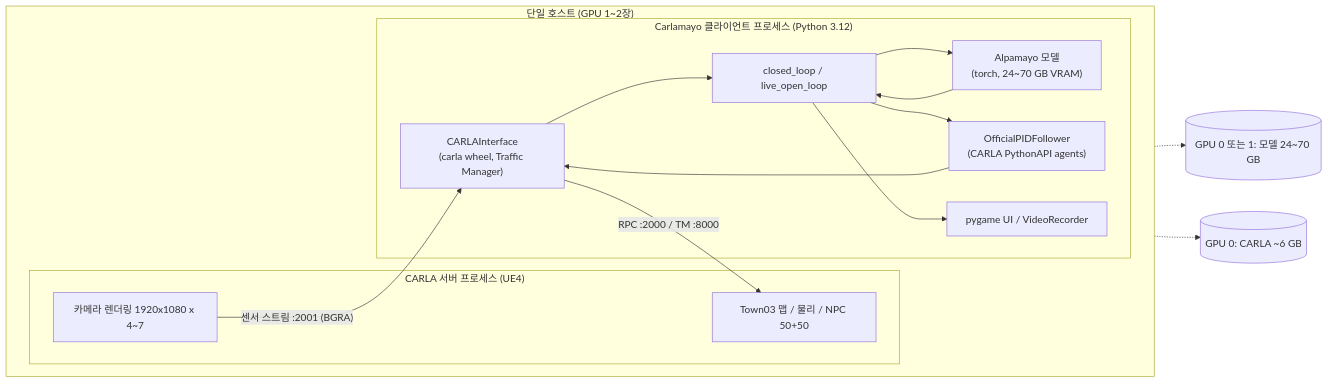
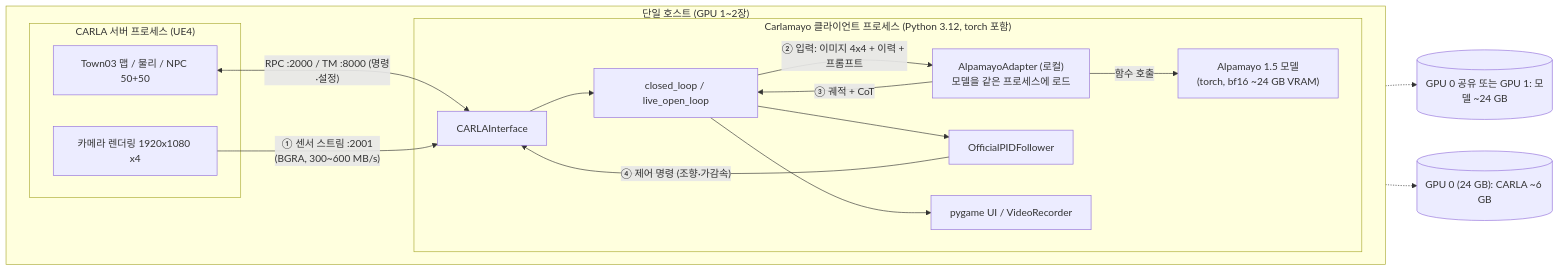
The first of 7 diagrams in docs/distributed/architecture-analysis.md (JwonMoon/carlamayo-my-distributed), drawn with Mermaid before and after one commit. The commit also changed other lines of this file and 11 other files, not shown here.

First line of the commit message:
Redraw before/after deployment diagrams at the same component level

````diff
--- a/docs/distributed/architecture-analysis.md
+++ b/docs/distributed/architecture-analysis.md
@@ -58,25 +58,31 @@
 ```mermaid
 flowchart LR
     subgraph HOST["단일 호스트 (GPU 1~2장)"]
         direction LR
         subgraph CARLA["CARLA 서버 프로세스 (UE4)"]
             MAP["Town03 맵 / 물리 / NPC 50+50"]
-            RENDER["카메라 렌더링 1920x1080 x 4~7"]
+            RENDER["카메라 렌더링 1920x1080 x4"]
         end
-        subgraph PY["Carlamayo 클라이언트 프로세스 (Python 3.12)"]
-            CI["CARLAInterface<br/>(carla wheel, Traffic Manager)"]
+        subgraph PY["Carlamayo 클라이언트 프로세스 (Python 3.12, torch 포함)"]
+            CI["CARLAInterface"]
             LOOP["closed_loop / live_open_loop"]
-            MODEL["Alpamayo 모델<br/>(torch, 24~70 GB VRAM)"]
-            PID["OfficialPIDFollower<br/>(CARLA PythonAPI agents)"]
+            ADAPTER["AlpamayoAdapter (로컬)<br/>모델을 같은 프로세스에 로드"]
+            MODEL["Alpamayo 1.5 모델<br/>(torch, bf16 ~24 GB VRAM)"]
+            PID["OfficialPIDFollower"]
             UI["pygame UI / VideoRecorder"]
         end
-        CI -- "RPC :2000 / TM :8000" --> MAP
-        RENDER -- "센서 스트림 :2001 (BGRA)" --> CI
-        CI --> LOOP --> MODEL --> LOOP --> PID --> CI
+        MAP <-- "RPC :2000 / TM :8000 (명령·설정)" --> CI
+        RENDER -- "① 센서 스트림 :2001<br/>(BGRA, 300~600 MB/s)" --> CI
+        CI --> LOOP
+        LOOP -- "② 입력: 이미지 4x4 + 이력 + 프롬프트" --> ADAPTER
+        ADAPTER -- "함수 호출" --> MODEL
+        ADAPTER -- "③ 궤적 + CoT" --> LOOP
+        LOOP --> PID
+        PID -- "④ 제어 명령 (조향·가감속)" --> CI
         LOOP --> UI
     end
-    GPU0[("GPU 0: CARLA ~6 GB")]
-    GPU1[("GPU 0 또는 1: 모델 24~70 GB")]
+    GPU0[("GPU 0 (24 GB): CARLA ~6 GB")]
+    GPU1[("GPU 0 공유 또는 GPU 1: 모델 ~24 GB")]
     CARLA -.-> GPU0
     MODEL -.-> GPU1
 ```
````
